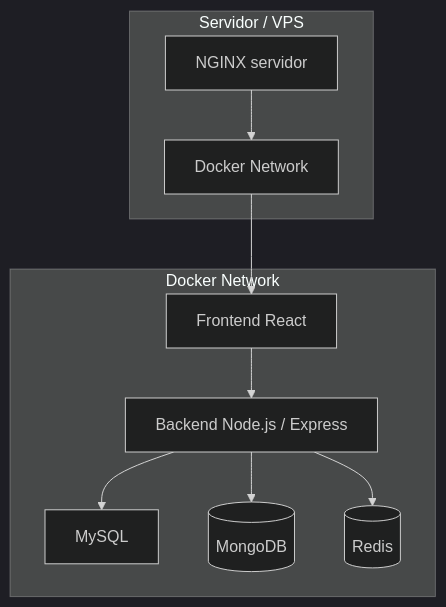
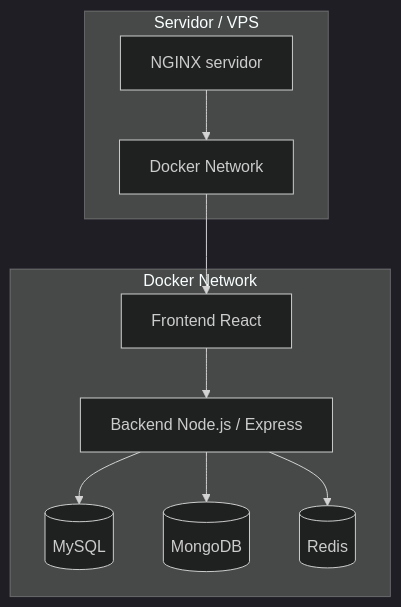
The diagram in docs/arquitectura/09-diagrama-despliegue.md (GeraMaldonado/blog), drawn with Mermaid (dark theme) before and after one commit.

Commit message:
Update 09-diagrama-despliegue.md
doc: correccion db myslq

````diff
--- a/docs/arquitectura/09-diagrama-despliegue.md
+++ b/docs/arquitectura/09-diagrama-despliegue.md
@@ -1,23 +1,23 @@
 ```mermaid
     graph TD
         subgraph Servidor / VPS
             nginx_host[NGINX servidor]
             docker_network[Docker Network]
             nginx_host --> docker_network
         end
     
         subgraph Docker Network
             frontend[Frontend React]
             backend[Backend Node.js / Express]
-            mysql[MySQL]
+            mysql[(MySQL)]
             mongo[(MongoDB)]
             redis[(Redis)]
     
             frontend --> backend
             backend --> mysql
             backend --> mongo
             backend --> redis
         end
     
         docker_network --> frontend
 ```
````
